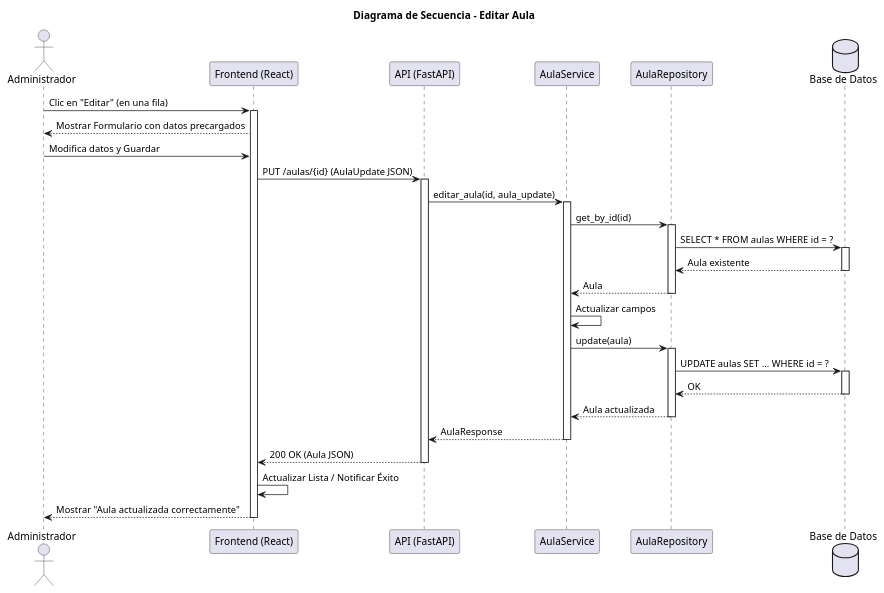
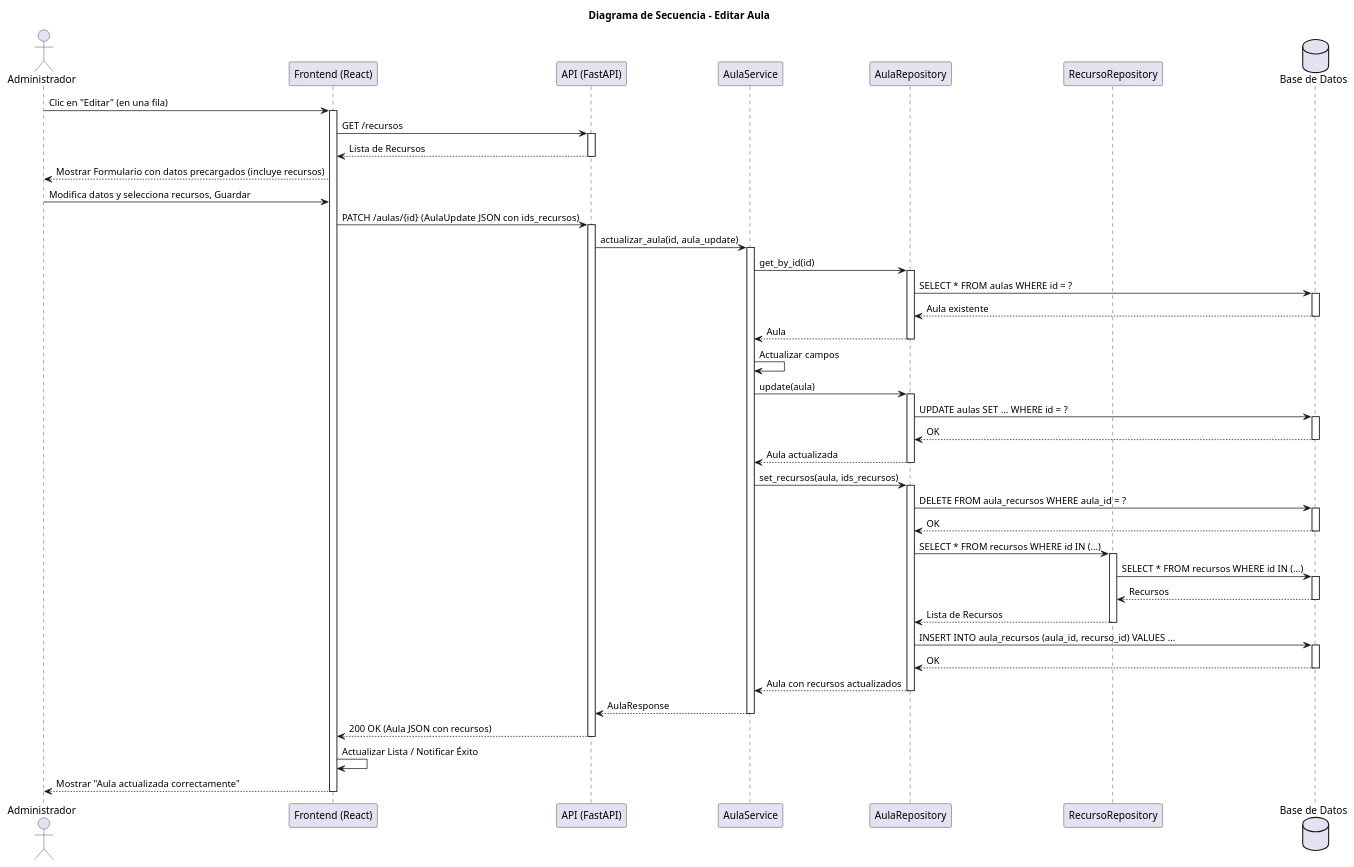
One commit to mmasias/pySigHor changed the diagram in RUP/02-diseño/casos-uso/editarAula/secuencia.puml. Above: the diagram before and after it, drawn with PlantUML. The commit also changed 6 other files, not shown here.

First line of the commit message:
feat(editarAula): asociación many-to-many Aula-Recurso (closes #23)

```diff
--- a/RUP/02-diseño/casos-uso/editarAula/secuencia.puml
+++ b/RUP/02-diseño/casos-uso/editarAula/secuencia.puml
@@ -1,44 +1,69 @@
 @startuml
 title Diagrama de Secuencia - Editar Aula
 
 actor "Administrador" as Admin
 participant "Frontend (React)" as FE
 participant "API (FastAPI)" as API
 participant "AulaService" as Service
 participant "AulaRepository" as Repo
+participant "RecursoRepository" as RecRepo
 database "Base de Datos" as DB
 
 Admin -> FE: Clic en "Editar" (en una fila)
 activate FE
-FE --> Admin: Mostrar Formulario con datos precargados
-Admin -> FE: Modifica datos y Guardar
-FE -> API: PUT /aulas/{id} (AulaUpdate JSON)
+FE -> API: GET /recursos
 activate API
-API -> Service: editar_aula(id, aula_update)
+API --> FE: Lista de Recursos
+deactivate API
+FE --> Admin: Mostrar Formulario con datos precargados (incluye recursos)
+Admin -> FE: Modifica datos y selecciona recursos, Guardar
+FE -> API: PATCH /aulas/{id} (AulaUpdate JSON con ids_recursos)
+activate API
+API -> Service: actualizar_aula(id, aula_update)
 activate Service
 Service -> Repo: get_by_id(id)
 activate Repo
 Repo -> DB: SELECT * FROM aulas WHERE id = ?
 activate DB
 DB --> Repo: Aula existente
 deactivate DB
 Repo --> Service: Aula
 deactivate Repo
 Service -> Service: Actualizar campos
 Service -> Repo: update(aula)
 activate Repo
 Repo -> DB: UPDATE aulas SET ... WHERE id = ?
 activate DB
 DB --> Repo: OK
 deactivate DB
 Repo --> Service: Aula actualizada
 deactivate Repo
+Service -> Repo: set_recursos(aula, ids_recursos)
+activate Repo
+Repo -> DB: DELETE FROM aula_recursos WHERE aula_id = ?
+activate DB
+DB --> Repo: OK
+deactivate DB
+Repo -> RecRepo: SELECT * FROM recursos WHERE id IN (...)
+activate RecRepo
+RecRepo -> DB: SELECT * FROM recursos WHERE id IN (...)
+activate DB
+DB --> RecRepo: Recursos
+deactivate DB
+RecRepo --> Repo: Lista de Recursos
+deactivate RecRepo
+Repo -> DB: INSERT INTO aula_recursos (aula_id, recurso_id) VALUES ...
+activate DB
+DB --> Repo: OK
+deactivate DB
+Repo --> Service: Aula con recursos actualizados
+deactivate Repo
 Service --> API: AulaResponse
 deactivate Service
-API --> FE: 200 OK (Aula JSON)
+API --> FE: 200 OK (Aula JSON con recursos)
 deactivate API
 FE -> FE: Actualizar Lista / Notificar Éxito
 FE --> Admin: Mostrar "Aula actualizada correctamente"
 deactivate FE
 
 @enduml
```
